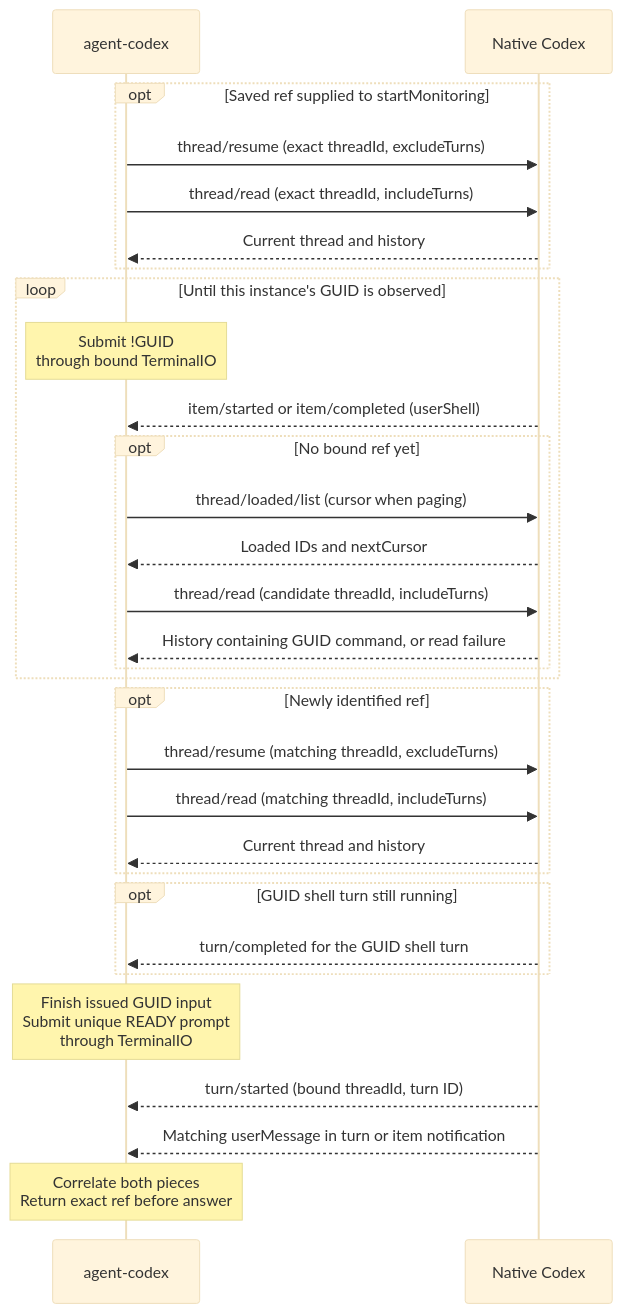
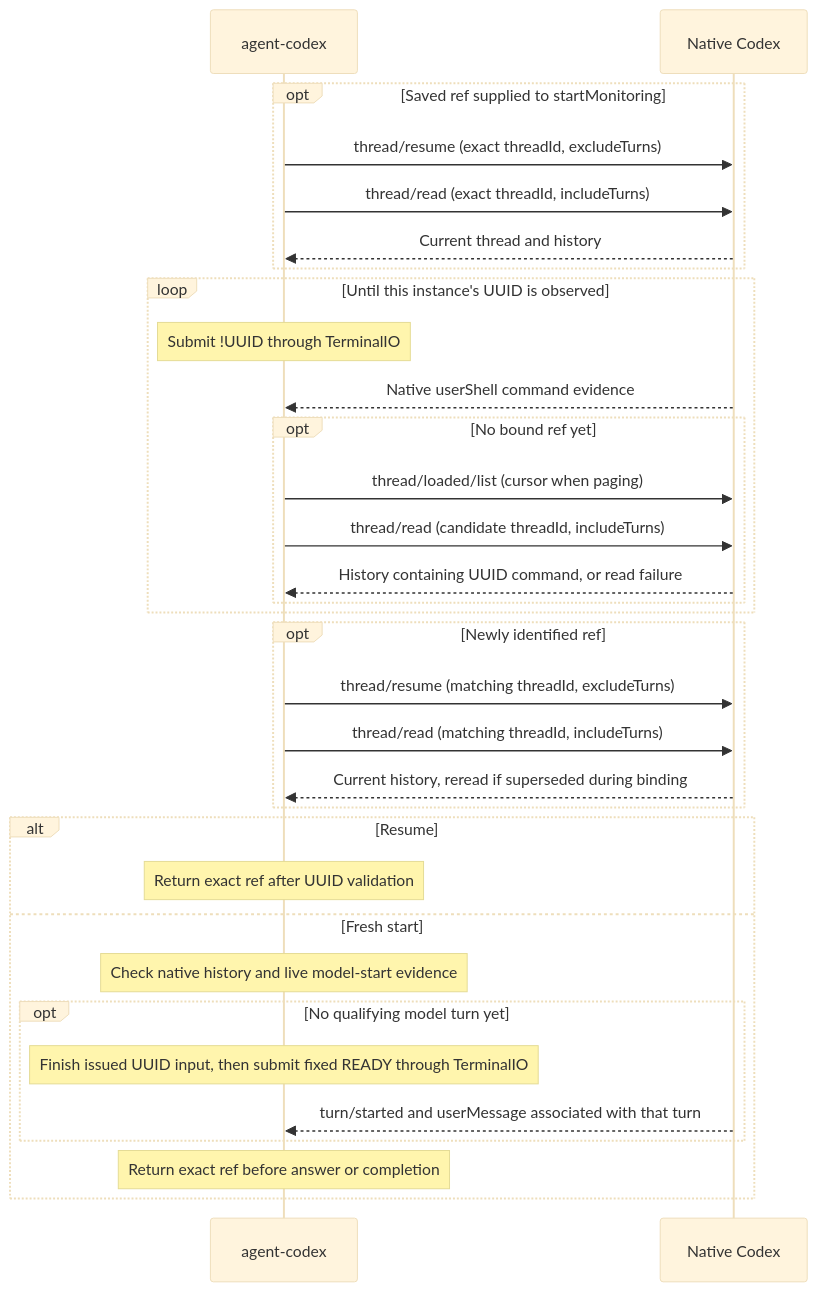
Before and after one commit to BuddyLabsCo/issue-runner-agent-codex: the third of 5 diagrams in docs/codex-protocol.md, drawn with Mermaid (base theme). The commit also changed other lines of this file and 11 other files, not shown here.

````diff
--- a/docs/codex-protocol.md
+++ b/docs/codex-protocol.md
@@ -91,32 +93,34 @@
 ```mermaid
 sequenceDiagram
     participant E as agent-codex
     participant N as Native Codex
     opt Saved ref supplied to startMonitoring
         E->>N: thread/resume (exact threadId, excludeTurns)
         E->>N: thread/read (exact threadId, includeTurns)
         N-->>E: Current thread and history
     end
-    loop Until this instance's GUID is observed
-        Note over E: Submit !GUID<br/>through bound TerminalIO
-        N-->>E: item/started or item/completed (userShell)
+    loop Until this instance's UUID is observed
+        Note over E: Submit !UUID through TerminalIO
+        N-->>E: Native userShell command evidence
         opt No bound ref yet
             E->>N: thread/loaded/list (cursor when paging)
-            N-->>E: Loaded IDs and nextCursor
             E->>N: thread/read (candidate threadId, includeTurns)
-            N-->>E: History containing GUID command, or read failure
+            N-->>E: History containing UUID command, or read failure
         end
     end
     opt Newly identified ref
         E->>N: thread/resume (matching threadId, excludeTurns)
         E->>N: thread/read (matching threadId, includeTurns)
-        N-->>E: Current thread and history
+        N-->>E: Current history, reread if superseded during binding
     end
-    opt GUID shell turn still running
-        N-->>E: turn/completed for the GUID shell turn
+    alt Resume
+        Note over E: Return exact ref after UUID validation
+    else Fresh start
+        Note over E: Check native history and live model-start evidence
+        opt No qualifying model turn yet
+            Note over E: Finish issued UUID input, then submit fixed READY through TerminalIO
+            N-->>E: turn/started and userMessage associated with that turn
+        end
+        Note over E: Return exact ref before answer or completion
     end
-    Note over E: Finish issued GUID input<br/>Submit unique READY prompt<br/>through TerminalIO
-    N-->>E: turn/started (bound threadId, turn ID)
-    N-->>E: Matching userMessage in turn or item notification
-    Note over E: Correlate both pieces<br/>Return exact ref before answer
 ```
````
